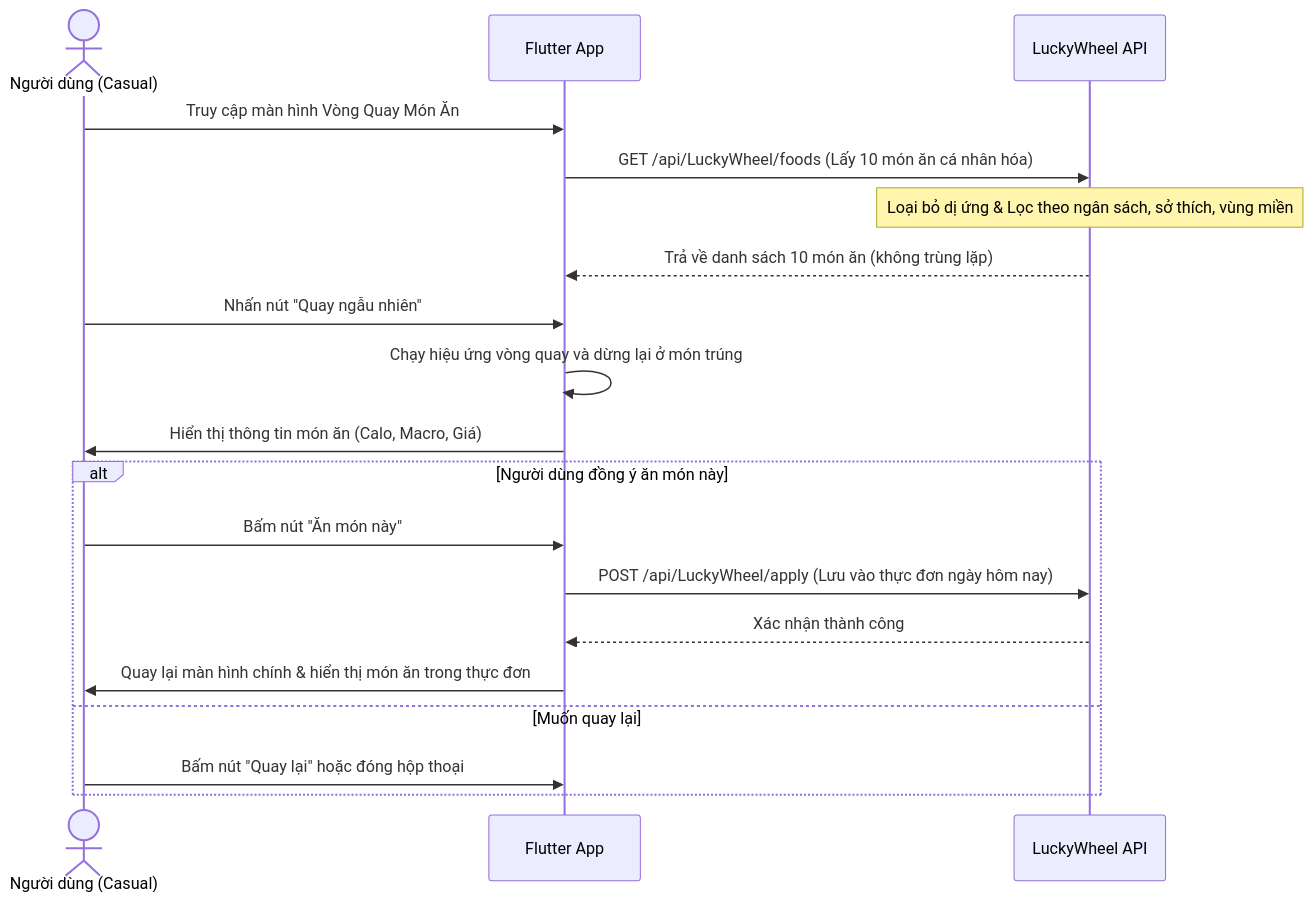
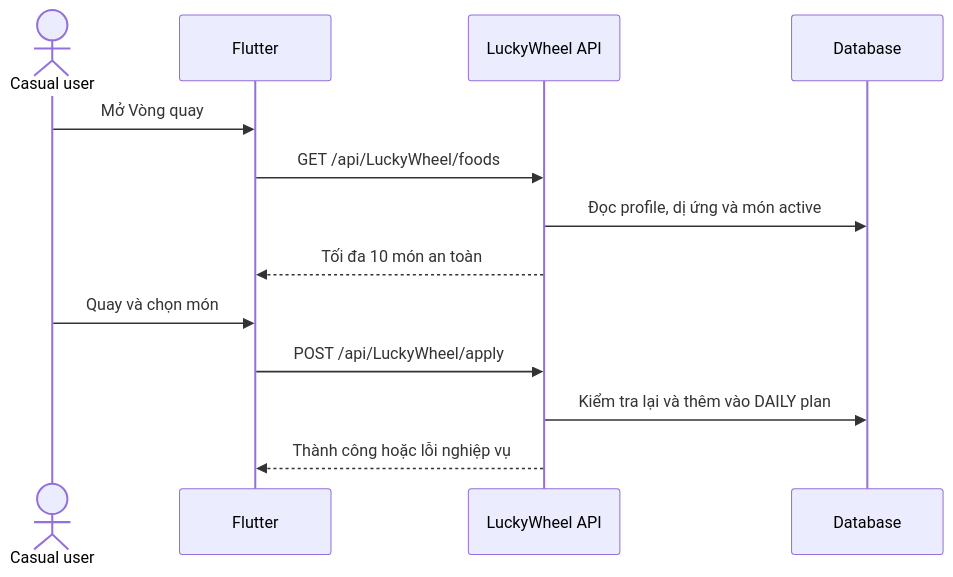
Before and after one commit to EXE201-MenuGreen/MenuGreenSystem: the diagram in docs/workflow/casual_workflow.md, drawn with Mermaid. The commit also changed other lines of this file and 19 other files, not shown here.

First line of the commit message:
Refactor Lucky Wheel Dialog UI and Update Test Case

````diff
--- a/docs/workflow/casual_workflow.md
+++ b/docs/workflow/casual_workflow.md
@@ -20,24 +95,16 @@
 ```mermaid
 sequenceDiagram
-    actor U as Người dùng (Casual)
-    participant App as Flutter App
-    participant BE as LuckyWheel API
-    
-    U->>App: Truy cập màn hình Vòng Quay Món Ăn
-    App->>BE: GET /api/LuckyWheel/foods (Lấy 10 món ăn cá nhân hóa)
-    Note over BE: Loại bỏ dị ứng & Lọc theo ngân sách, sở thích, vùng miền
-    BE-->>App: Trả về danh sách 10 món ăn (không trùng lặp)
-    
-    U->>App: Nhấn nút "Quay ngẫu nhiên"
-    App->>App: Chạy hiệu ứng vòng quay và dừng lại ở món trúng
-    App->>U: Hiển thị thông tin món ăn (Calo, Macro, Giá)
-    
-    alt Người dùng đồng ý ăn món này
-        U->>App: Bấm nút "Ăn món này"
-        App->>BE: POST /api/LuckyWheel/apply (Lưu vào thực đơn ngày hôm nay)
-        BE-->>App: Xác nhận thành công
-        App->>U: Quay lại màn hình chính & hiển thị món ăn trong thực đơn
-    else Muốn quay lại
-        U->>App: Bấm nút "Quay lại" hoặc đóng hộp thoại
-    end
+    actor U as Casual user
+    participant App as Flutter
+    participant API as LuckyWheel API
+    participant DB as Database
+
+    U->>App: Mở Vòng quay
+    App->>API: GET /api/LuckyWheel/foods
+    API->>DB: Đọc profile, dị ứng và món active
+    API-->>App: Tối đa 10 món an toàn
+    U->>App: Quay và chọn món
+    App->>API: POST /api/LuckyWheel/apply
+    API->>DB: Kiểm tra lại và thêm vào DAILY plan
+    API-->>App: Thành công hoặc lỗi nghiệp vụ
 ```
````
